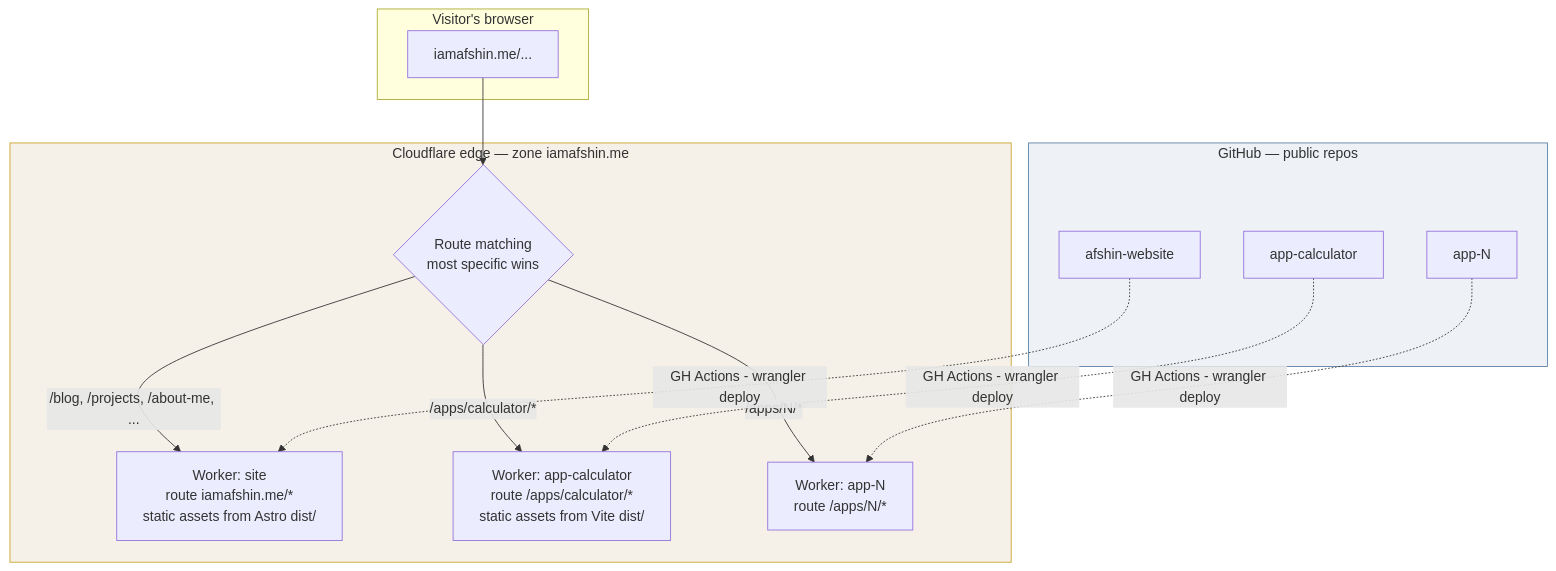
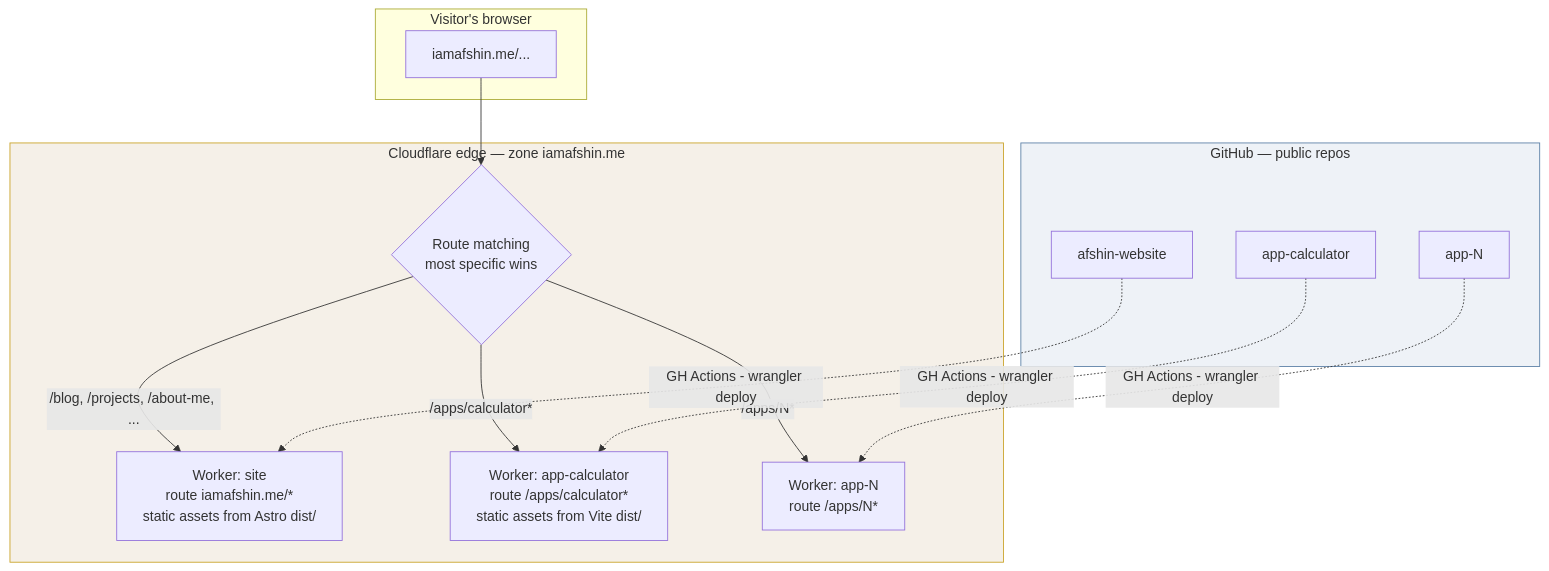
Before and after one commit to afshin-gs/portfolio: the first of 8 diagrams in docs/architecture.md, drawn with Mermaid. The commit also changed other lines of this file and 12 other files, not shown here.

````diff
--- a/docs/architecture.md
+++ b/docs/architecture.md
@@ -411,31 +446,31 @@
 ```mermaid
 graph TB
     subgraph browser["Visitor's browser"]
         U["iamafshin.me/..."]
     end
 
     subgraph cf["Cloudflare edge — zone iamafshin.me"]
         R{"Route matching<br/>most specific wins"}
         W1["Worker: site<br/>route iamafshin.me/*<br/>static assets from Astro dist/"]
-        W2["Worker: app-calculator<br/>route /apps/calculator/*<br/>static assets from Vite dist/"]
-        W3["Worker: app-N<br/>route /apps/N/*"]
+        W2["Worker: app-calculator<br/>route /apps/calculator*<br/>static assets from Vite dist/"]
+        W3["Worker: app-N<br/>route /apps/N*"]
     end
 
     subgraph gh["GitHub — public repos"]
         RS["afshin-website"]
         RC["app-calculator"]
         RN["app-N"]
     end
 
     U --> R
     R -->|"/blog, /projects, /about-me, ..."| W1
-    R -->|"/apps/calculator/*"| W2
-    R -->|"/apps/N/*"| W3
+    R -->|"/apps/calculator*"| W2
+    R -->|"/apps/N*"| W3
 
     RS -.->|"GH Actions - wrangler deploy"| W1
     RC -.->|"GH Actions - wrangler deploy"| W2
     RN -.->|"GH Actions - wrangler deploy"| W3
 
     style cf fill:#f5f0e8,stroke:#c9a227
     style gh fill:#eef2f7,stroke:#5b7fa6
 ```
````
